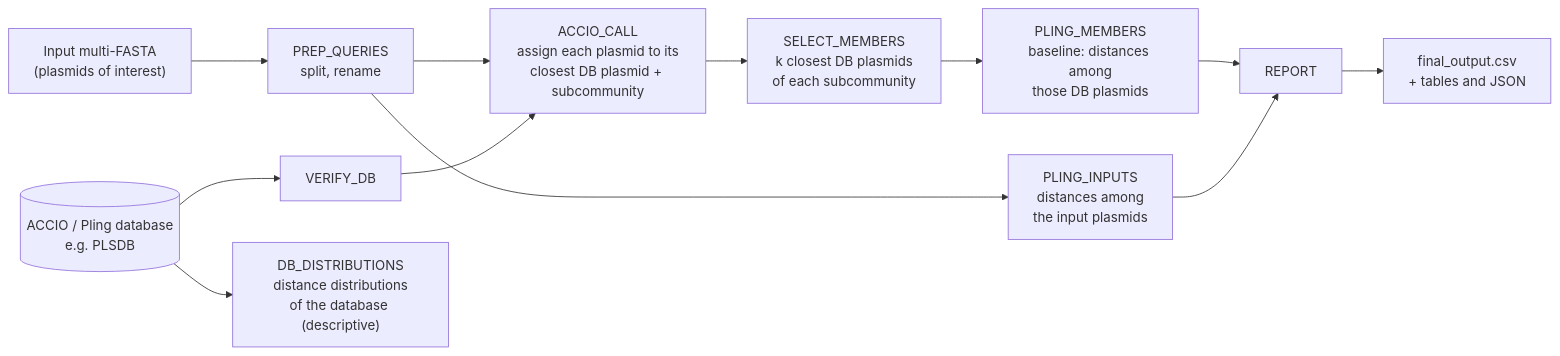
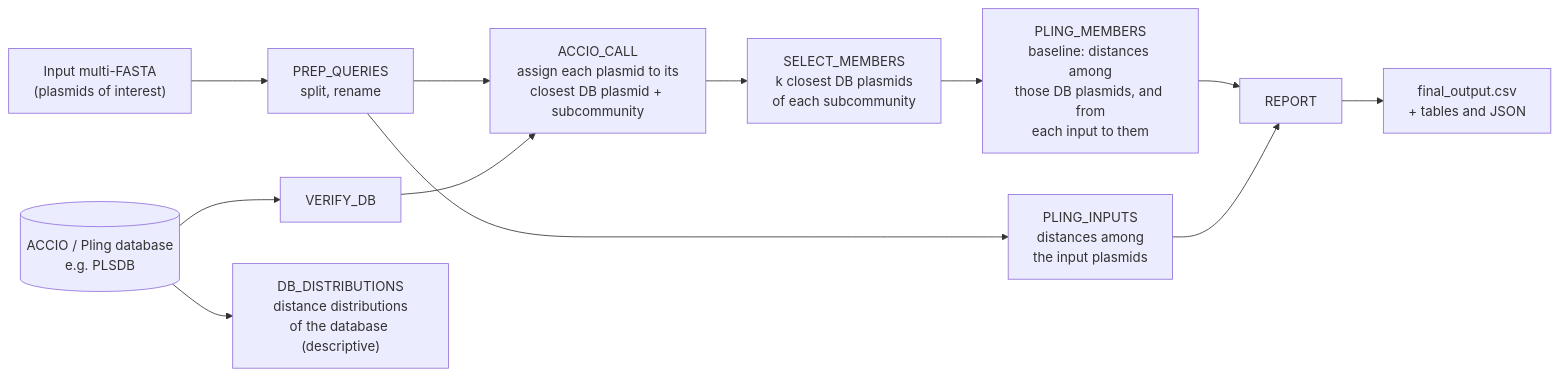
The first of 2 diagrams in README_workflow.md (SPREAD-Hackathon/clust-assess), drawn with Mermaid before and after one commit. The commit also changed other lines of this file and 7 other files, not shown here.

First line of the commit message:
Baseline: leave out copies of the inputs, add input-to-database distances, fix Mash ranking

````diff
--- a/README_workflow.md
+++ b/README_workflow.md
@@ -17,14 +17,14 @@
 ```mermaid
 flowchart LR
     IN["Input multi-FASTA<br/>(plasmids of interest)"] --> PQ["PREP_QUERIES<br/>split, rename"]
     DB[("ACCIO / Pling database<br/>e.g. PLSDB")] --> VD[VERIFY_DB]
     PQ --> AC["ACCIO_CALL<br/>assign each plasmid to its<br/>closest DB plasmid + subcommunity"]
     VD --> AC
     AC --> SM["SELECT_MEMBERS<br/>k closest DB plasmids<br/>of each subcommunity"]
-    SM --> PM["PLING_MEMBERS<br/>baseline: distances among<br/>those DB plasmids"]
+    SM --> PM["PLING_MEMBERS<br/>baseline: distances among<br/>those DB plasmids, and from<br/>each input to them"]
     PQ --> PI["PLING_INPUTS<br/>distances among<br/>the input plasmids"]
     PM --> RE[REPORT]
     PI --> RE
     RE --> OUT["final_output.csv<br/>+ tables and JSON"]
     DB --> DD["DB_DISTRIBUTIONS<br/>distance distributions<br/>of the database (descriptive)"]
 ```
````
